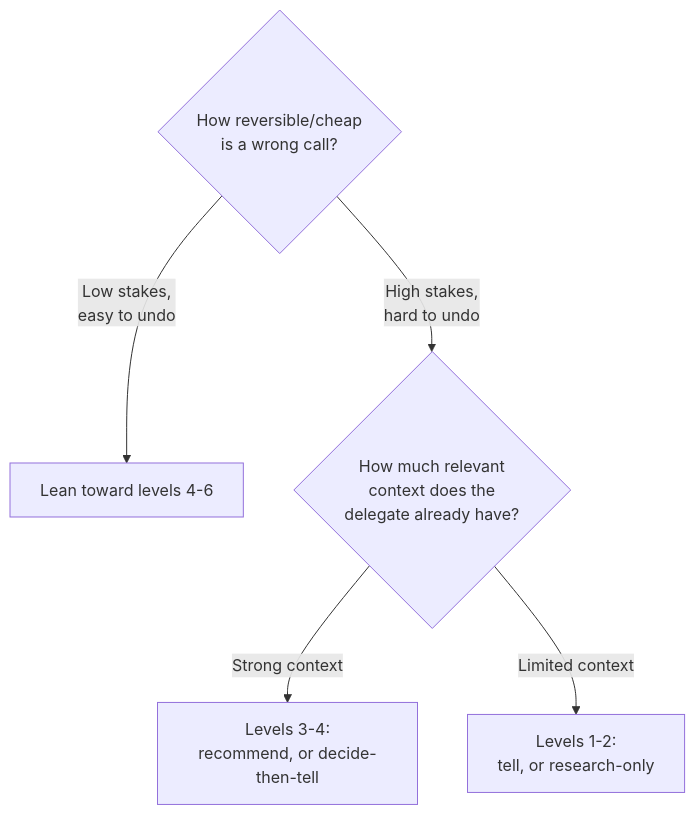
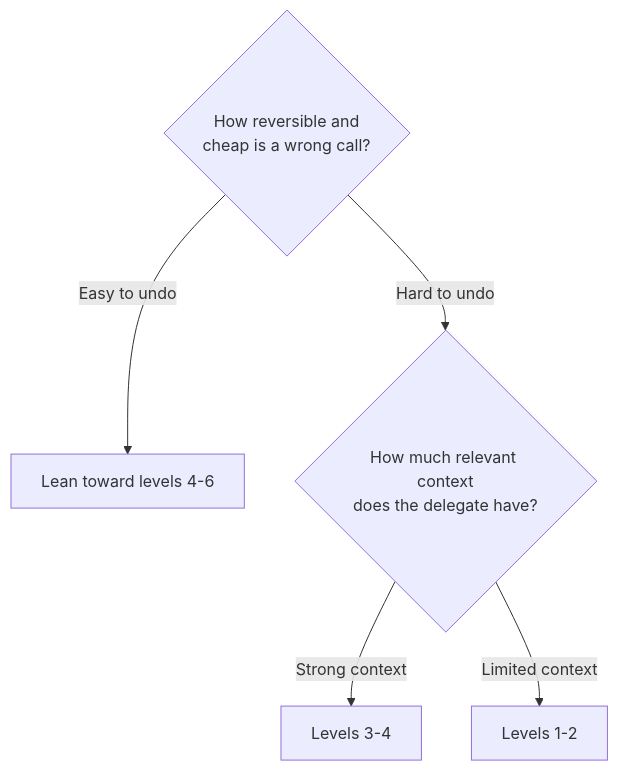
Before and after one commit to francoandreDev/knowledge: the second of 2 diagrams in src/content/people-management/delegation-levels/L2-concept.mdx, drawn with Mermaid. The commit also changed other lines of this file and 36 other files, not shown here.

````diff
--- a/src/content/people-management/delegation-levels/L2-concept.mdx
+++ b/src/content/people-management/delegation-levels/L2-concept.mdx
@@ -67,8 +76,8 @@
 ```mermaid
 flowchart TD
-    Q1{"How reversible/cheap\nis a wrong call?"}
-    Q1 -- "Low stakes,\neasy to undo" --> HighAutonomy["Lean toward levels 4-6"]
-    Q1 -- "High stakes,\nhard to undo" --> Q2{"How much relevant\ncontext does the\ndelegate already have?"}
-    Q2 -- "Strong context" --> Mid["Levels 3-4:\nrecommend, or decide-then-tell"]
-    Q2 -- "Limited context" --> Low["Levels 1-2:\ntell, or research-only"]
+    Q1{"How reversible and<br/>cheap is a wrong call?"}
+    Q1 -- "Easy to undo" --> H["Lean toward levels 4-6"]
+    Q1 -- "Hard to undo" --> Q2{"How much relevant context<br/>does the delegate have?"}
+    Q2 -- "Strong context" --> M["Levels 3-4"]
+    Q2 -- "Limited context" --> L["Levels 1-2"]
 ```
````
